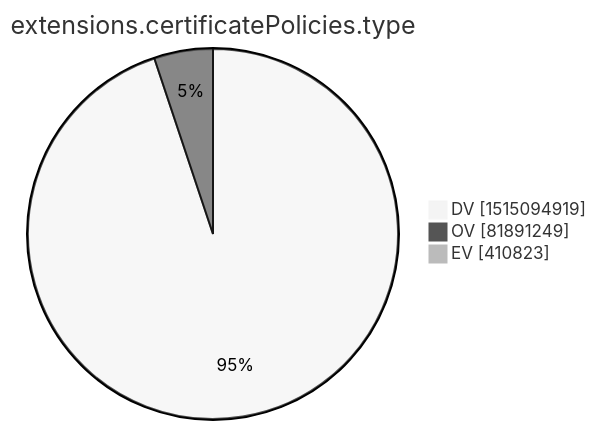
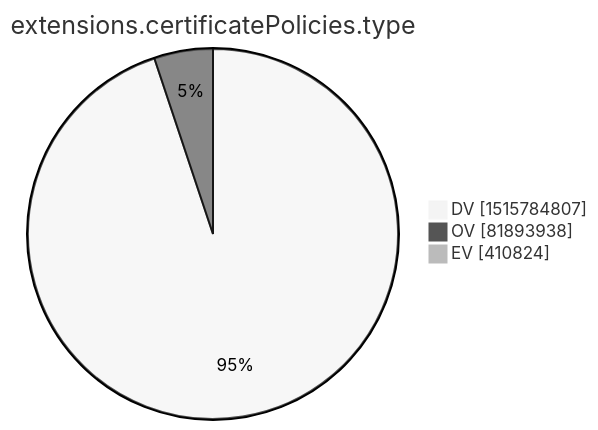
Before and after one commit to christiankrug/ctmonitor_visualization: the tenth of 15 diagrams in xenon2022/README.md, drawn with Mermaid (neutral theme). The commit also changed other lines of this file, not shown here.

````diff
--- a/xenon2022/README.md
+++ b/xenon2022/README.md
@@ -2875,7 +2875,7 @@
 ```mermaid
 pie showData
 title extensions.certificatePolicies.type
-"DV" :1515094919
-"OV" :81891249
-"EV" :410823
+"DV" :1515784807
+"OV" :81893938
+"EV" :410824
 ```
````
